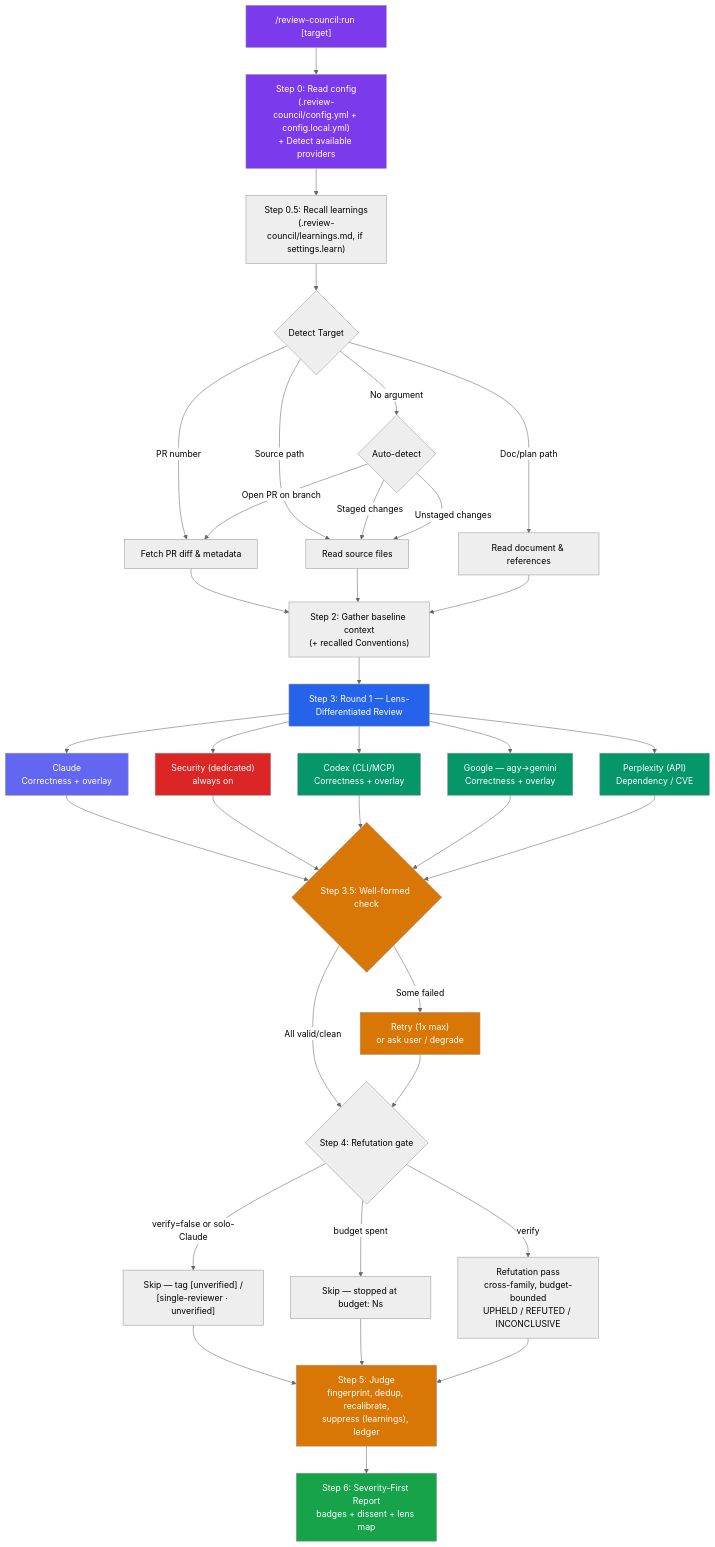
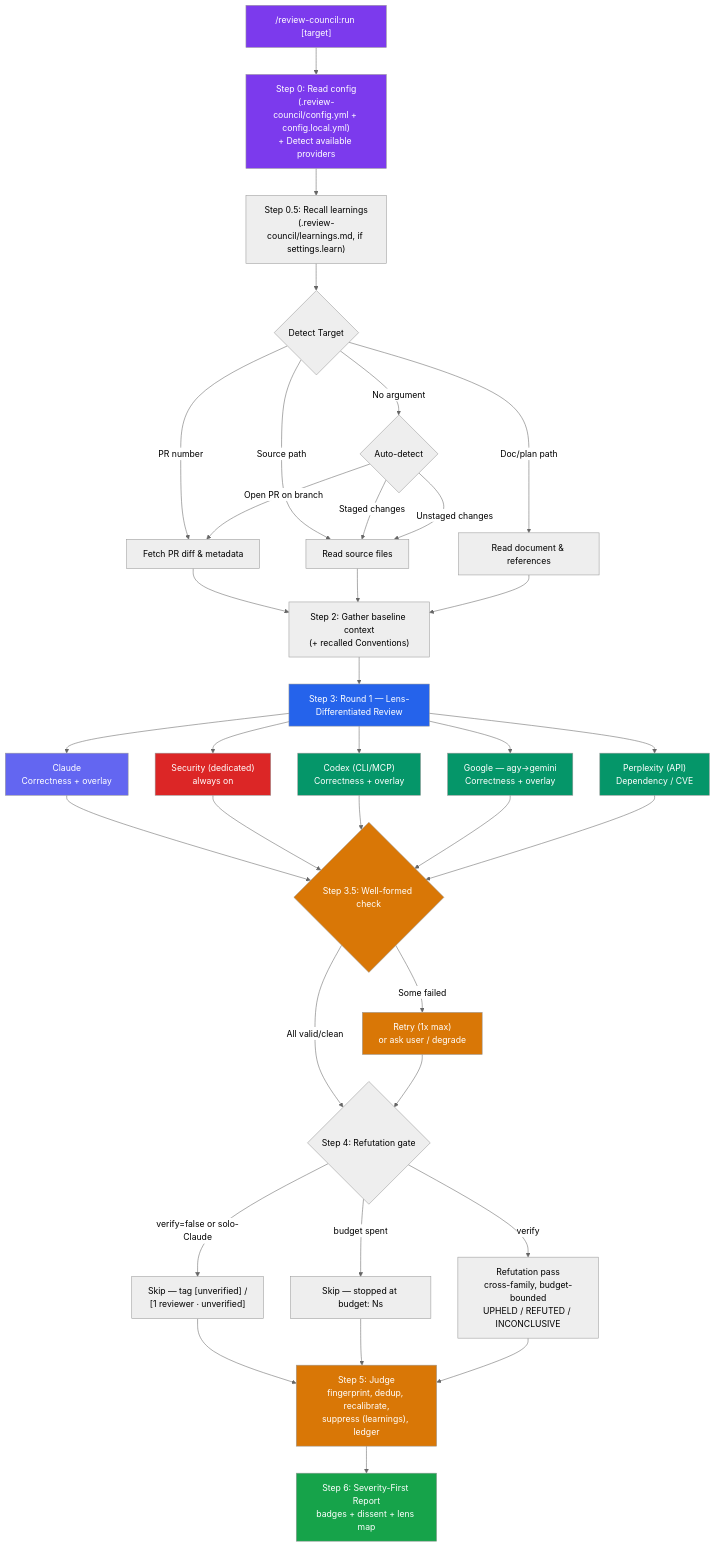
One commit to deployhq/review-council changed the first of 5 diagrams in README.md. Above: the diagram before and after it, drawn with Mermaid (neutral theme). The commit also changed other lines of this file and 5 other files, not shown here.

First line of the commit message:
fix: honest data-egress wording + promotion-diagram OR + tag/ledger consistency (CodeRabbit)

````diff
--- a/README.md
+++ b/README.md
@@ -34,62 +34,62 @@
 ```mermaid
 flowchart TD
     A["/review-council:run [target]"] --> Z0["Step 0: Read config<br/>(.review-council/config.yml + config.local.yml)<br/>+ Detect available providers"]
     Z0 --> Z05["Step 0.5: Recall learnings<br/>(.review-council/learnings.md, if settings.learn)"]
     Z05 --> B{Detect Target}
 
     B -->|PR number| C["Fetch PR diff & metadata"]
     B -->|Source path| D["Read source files"]
     B -->|Doc/plan path| E["Read document & references"]
     B -->|No argument| F{Auto-detect}
     F -->|Open PR on branch| C
     F -->|Staged changes| D
     F -->|Unstaged changes| D
 
     C --> G["Step 2: Gather baseline context<br/>(+ recalled Conventions)"]
     D --> G
     E --> G
 
     G --> H["Step 3: Round 1 — Lens-Differentiated Review"]
 
     H --> I["Claude<br/>Correctness + overlay"]
     H --> SEC["Security (dedicated)<br/>always on"]
     H --> J["Codex (CLI/MCP)<br/>Correctness + overlay"]
     H --> J2["Google — agy→gemini<br/>Correctness + overlay"]
     H --> J3["Perplexity (API)<br/>Dependency / CVE"]
 
     L{"Step 4: Refutation gate"}
     N["Step 5: Judge<br/>fingerprint, dedup, recalibrate,<br/>suppress (learnings), ledger"]
 
     I --> K2{"Step 3.5: Well-formed check"}
     SEC --> K2
     J --> K2
     J2 --> K2
     J3 --> K2
 
     K2 -->|"All valid/clean"| L
     K2 -->|"Some failed"| K3["Retry (1x max)<br/>or ask user / degrade"]
     K3 --> L
 
-    L -->|"verify=false or solo-Claude"| M2["Skip — tag [unverified] /<br/>[single-reviewer · unverified]"]
+    L -->|"verify=false or solo-Claude"| M2["Skip — tag [unverified] /<br/>[1 reviewer · unverified]"]
     L -->|"budget spent"| M3["Skip — stopped at budget: Ns"]
     L -->|"verify"| M["Refutation pass<br/>cross-family, budget-bounded<br/>UPHELD / REFUTED / INCONCLUSIVE"]
 
     M2 --> N
     M3 --> N
     M --> N
 
     N --> O["Step 6: Severity-First Report<br/>badges + dissent + lens map"]
 
     style A fill:#7c3aed,color:#fff
     style Z0 fill:#7c3aed,color:#fff
     style H fill:#2563eb,color:#fff
     style I fill:#6366f1,color:#fff
     style SEC fill:#dc2626,color:#fff
     style J fill:#059669,color:#fff
     style J2 fill:#059669,color:#fff
     style J3 fill:#059669,color:#fff
     style N fill:#d97706,color:#fff
     style O fill:#16a34a,color:#fff
     style K2 fill:#d97706,color:#fff
     style K3 fill:#d97706,color:#fff
 ```
````
